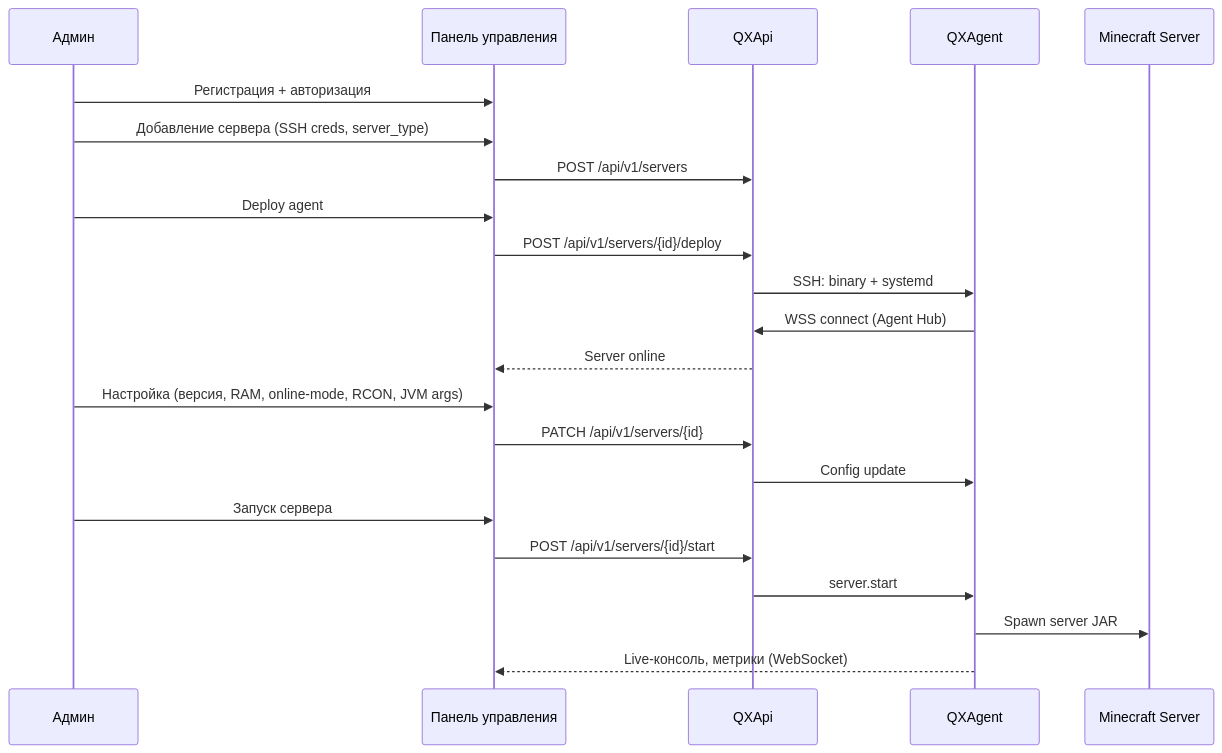
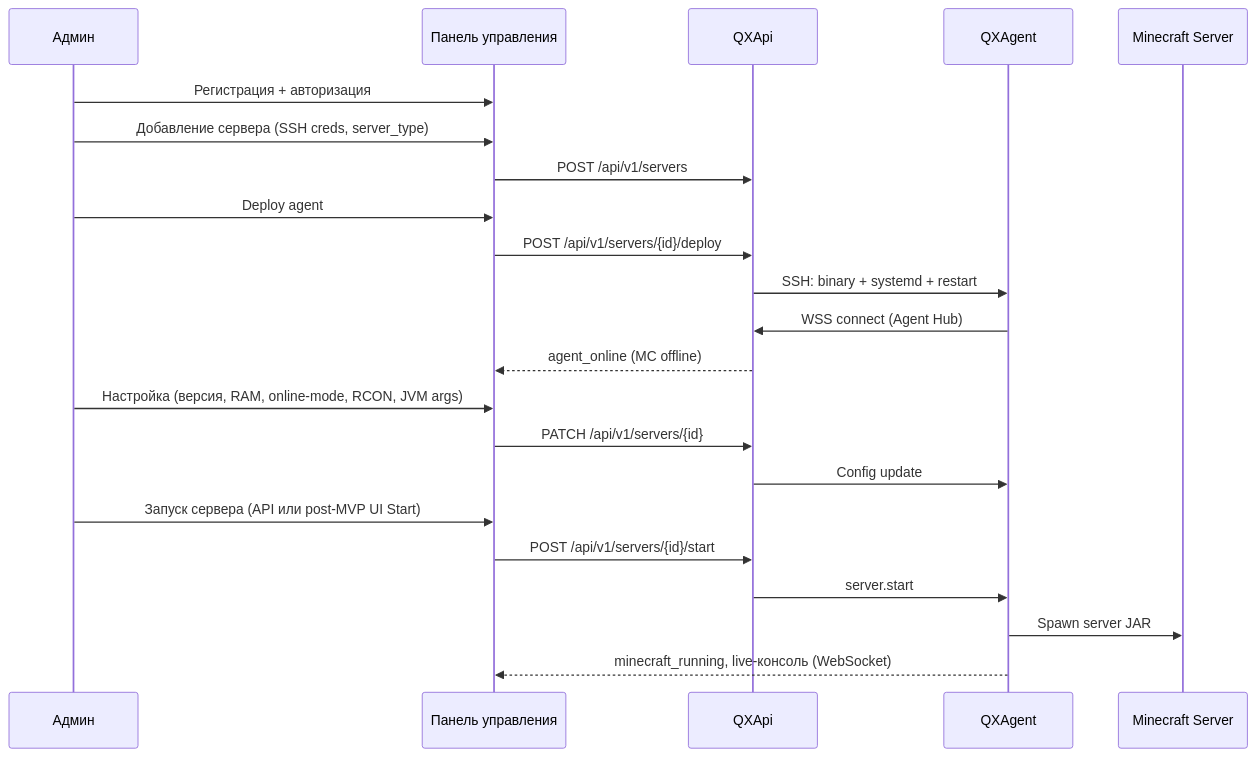
Before and after one commit to mindevis/qx-project: the third of 16 diagrams in docs/architecture.md, drawn with Mermaid. The commit also changed other lines of this file and 92 other files, not shown here.

First line of the commit message:
Complete MVP alpha: Flow C fixes, dev VPS, and docs

````diff
--- a/docs/architecture.md
+++ b/docs/architecture.md
@@ -157,27 +157,27 @@
 ```mermaid
 sequenceDiagram
     participant U as Админ
     participant Web as Панель управления
     participant API as QXApi
     participant A as QXAgent
     participant MC as Minecraft Server
 
     U->>Web: Регистрация + авторизация
     U->>Web: Добавление сервера (SSH creds, server_type)
     Web->>API: POST /api/v1/servers
     U->>Web: Deploy agent
     Web->>API: POST /api/v1/servers/{id}/deploy
-    API->>A: SSH: binary + systemd
+    API->>A: SSH: binary + systemd + restart
     A->>API: WSS connect (Agent Hub)
-    API-->>Web: Server online
+    API-->>Web: agent_online (MC offline)
 
     U->>Web: Настройка (версия, RAM, online-mode, RCON, JVM args)
     Web->>API: PATCH /api/v1/servers/{id}
     API->>A: Config update
 
-    U->>Web: Запуск сервера
+    U->>Web: Запуск сервера (API или post-MVP UI Start)
     Web->>API: POST /api/v1/servers/{id}/start
     API->>A: server.start
     A->>MC: Spawn server JAR
-    A-->>Web: Live-консоль, метрики (WebSocket)
+    A-->>Web: minecraft_running, live-консоль (WebSocket)
 ```
````
